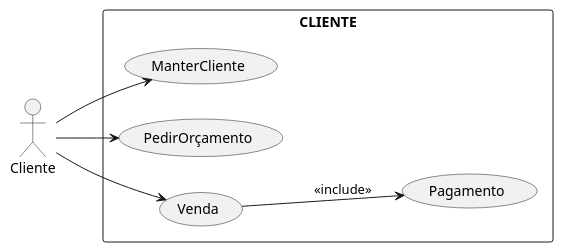
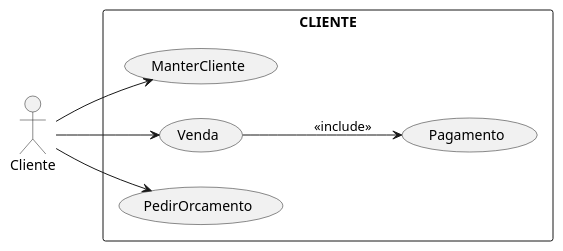
Before and after one commit to jmcardoso18/2025.1-PI-2-Semestre: the diagram in Diagramas/CuCliente.plantuml, drawn with PlantUML. The commit also changed 9 other files, not shown here.

First line of the commit message:
Atualizacao dos diagramas

```diff
--- a/Diagramas/CuCliente.plantuml
+++ b/Diagramas/CuCliente.plantuml
@@ -1,18 +1,17 @@
 @startuml
 left to right direction
 
 actor "Cliente" as Cliente
 
 rectangle "CLIENTE"{
     usecase "ManterCliente" as UC1
-    usecase "PedirOrçamento" as UC3
     usecase "Venda" as UC8
+    usecase "PedirOrcamento" as UC3
     usecase "Pagamento" as UC7
-       
 }
 Cliente --> UC3
 Cliente --> UC1
 Cliente --> UC8 
 UC8 --> UC7:<<include>>
 
 @enduml
```
